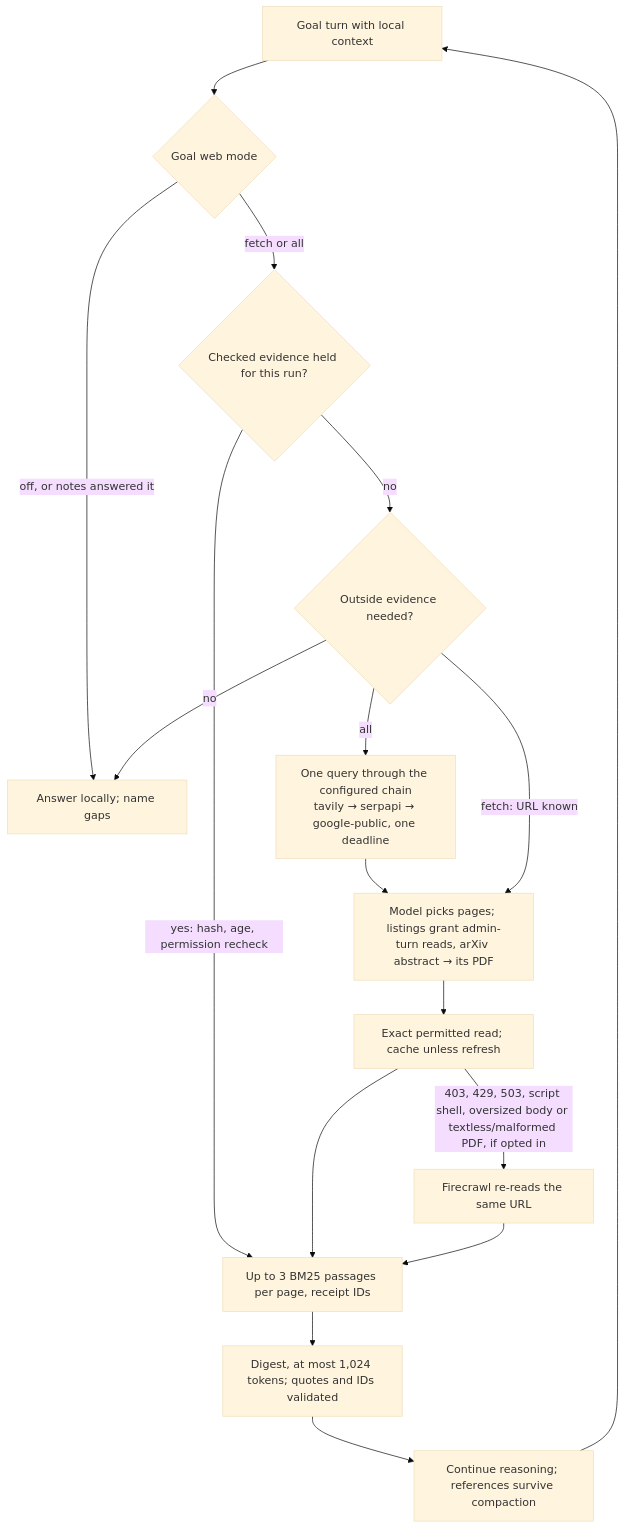
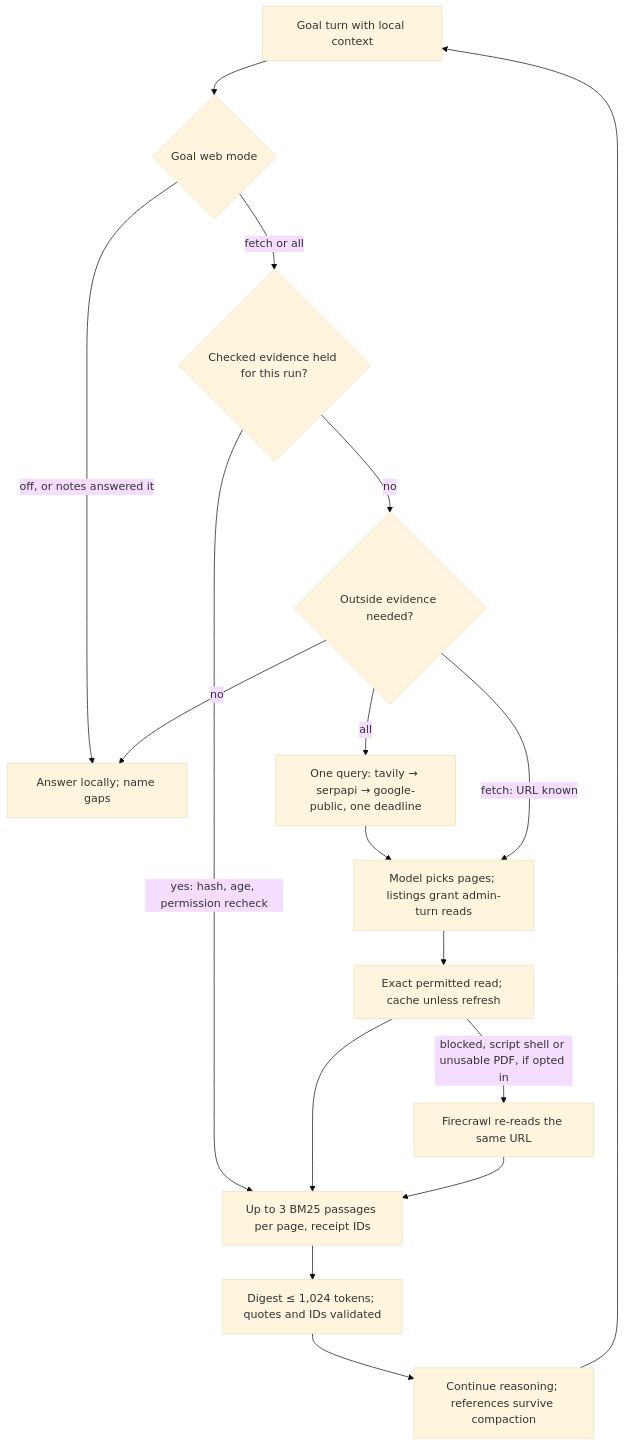
Before and after one commit to cgfixit/CG-agent-harness: the diagram in README.md, drawn with Mermaid (base theme). The commit also changed other lines of this file and 2 other files, not shown here.

````diff
--- a/README.md
+++ b/README.md
@@ -31,19 +29,19 @@
 ```mermaid
 flowchart TD
     A[Goal turn with local context] --> B{Goal web mode}
     B -->|off, or notes answered it| C[Answer locally; name gaps]
     B -->|fetch or all| D{Checked evidence held for this run?}
     D -->|yes: hash, age, permission recheck| H
     D -->|no| E{Outside evidence needed?}
     E -->|no| C
-    E -->|all| F[One query through the configured chain<br/>tavily → serpapi → google-public, one deadline]
-    F --> G[Model picks pages; listings grant admin-turn reads, arXiv abstract → its PDF]
+    E -->|all| F[One query: tavily → serpapi → google-public, one deadline]
+    F --> G[Model picks pages; listings grant admin-turn reads]
     E -->|fetch: URL known| G
     G --> I[Exact permitted read; cache unless refresh]
-    I -->|403, 429, 503, script shell, oversized body or textless/malformed PDF, if opted in| J[Firecrawl re-reads the same URL]
+    I -->|blocked, script shell or unusable PDF, if opted in| J[Firecrawl re-reads the same URL]
     I --> H[Up to 3 BM25 passages per page, receipt IDs]
     J --> H
-    H --> K[Digest, at most 1,024 tokens; quotes and IDs validated]
+    H --> K[Digest ≤ 1,024 tokens; quotes and IDs validated]
     K --> L[Continue reasoning; references survive compaction]
     L --> A
 ```
````
